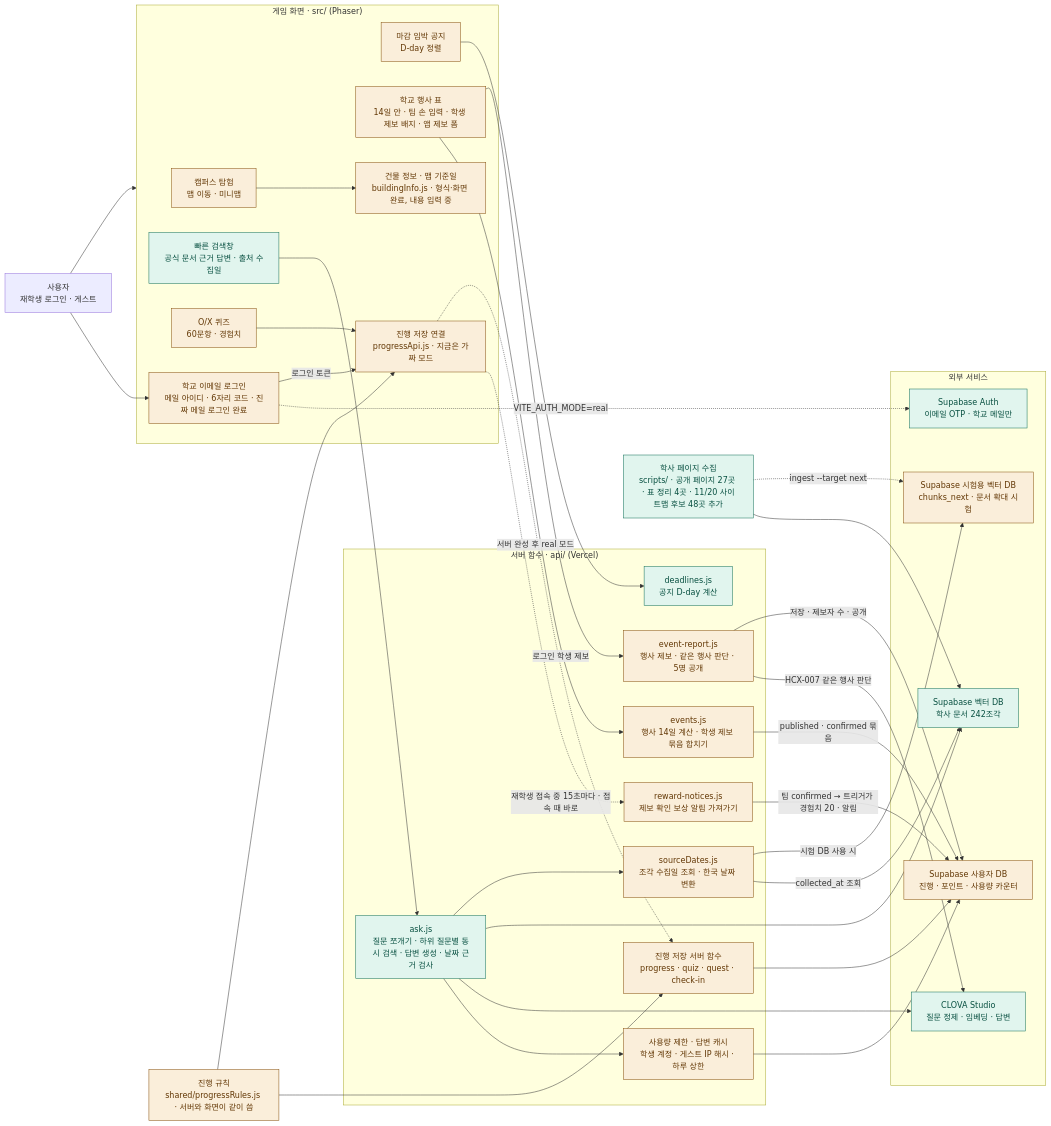
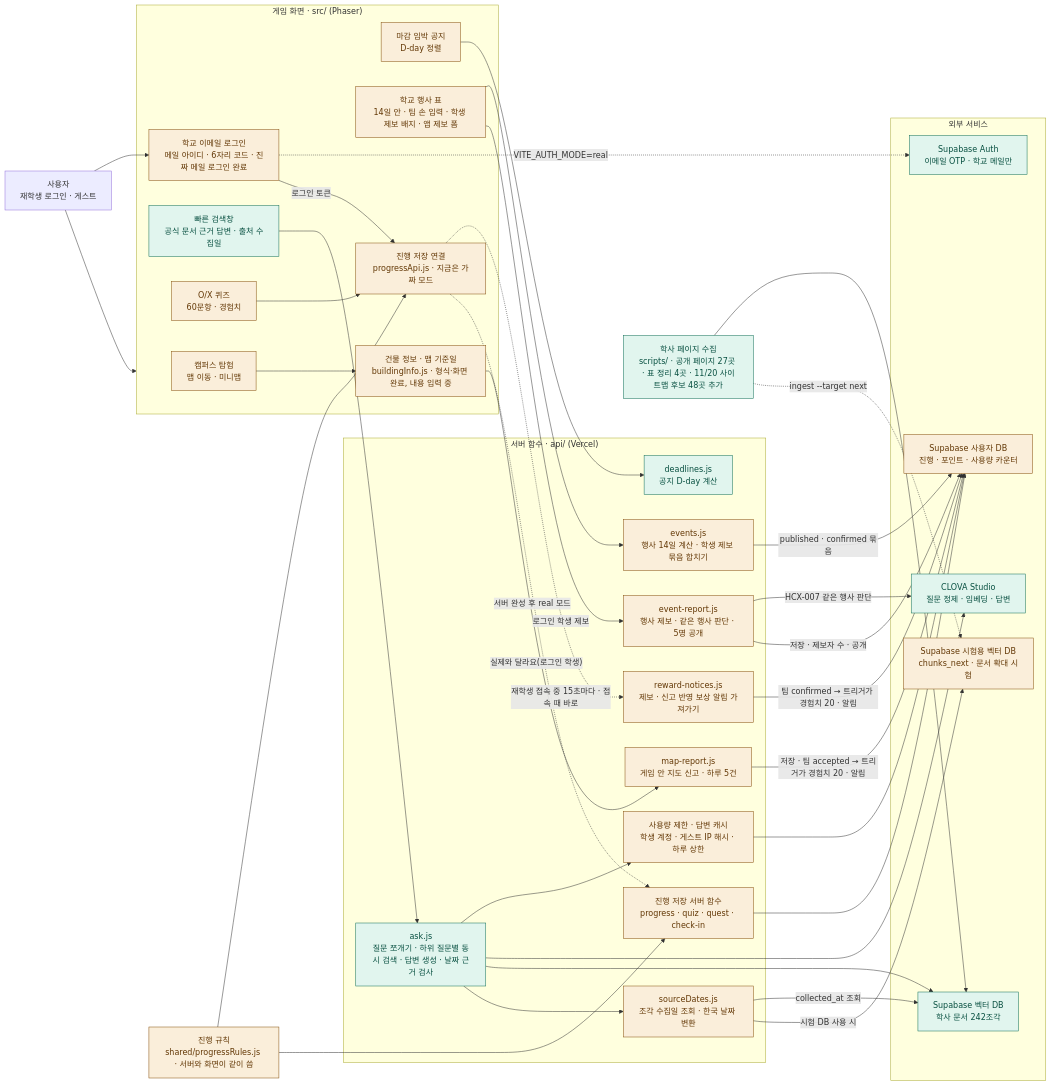
The diagram in docs/ARCHITECTURE.md (202502859-source/hufs-quest), drawn with Mermaid before and after one commit. The commit also changed other lines of this file and 22 other files, not shown here.

First line of the commit message:
feat: "실제와 달라요(신고)"를 게임 안 창으로 · 반영되면 경험치 20

````diff
--- a/docs/ARCHITECTURE.md
+++ b/docs/ARCHITECTURE.md
@@ -8,74 +8,77 @@
 ```mermaid
 flowchart LR
     user["사용자<br/>재학생 로그인 · 게스트"]
 
     subgraph game["게임 화면 · src/ (Phaser)"]
         explore["캠퍼스 탐험<br/>맵 이동 · 미니맵"]
         search["빠른 검색창<br/>공식 문서 근거 답변 · 출처 수집일"]
         quiz["O/X 퀴즈<br/>60문항 · 경험치"]
         notice["마감 임박 공지<br/>D-day 정렬"]
         events["학교 행사 표<br/>14일 안 · 팀 손 입력 · 학생 제보 배지 · 앱 제보 폼"]
         mapInfo["건물 정보 · 맵 기준일<br/>buildingInfo.js · 형식·화면 완료, 내용 입력 중"]
         progress["진행 저장 연결<br/>progressApi.js · 지금은 가짜 모드"]
         login["학교 이메일 로그인<br/>메일 아이디 · 6자리 코드 · 진짜 메일 로그인 완료"]
     end
 
     rules["진행 규칙<br/>shared/progressRules.js · 서버와 화면이 같이 씀"]
 
     subgraph server["서버 함수 · api/ (Vercel)"]
         ask["ask.js<br/>질문 쪼개기 · 하위 질문별 동시 검색 · 답변 생성 · 날짜 근거 검사"]
         sourceDates["sourceDates.js<br/>조각 수집일 조회 · 한국 날짜 변환"]
         deadlines["deadlines.js<br/>공지 D-day 계산"]
         eventsApi["events.js<br/>행사 14일 계산 · 학생 제보 묶음 합치기"]
         eventReport["event-report.js<br/>행사 제보 · 같은 행사 판단 · 5명 공개"]
-        rewardNotice["reward-notices.js<br/>제보 확인 보상 알림 가져가기"]
+        rewardNotice["reward-notices.js<br/>제보 · 신고 반영 보상 알림 가져가기"]
+        mapReport["map-report.js<br/>게임 안 지도 신고 · 하루 5건"]
         newApi["진행 저장 서버 함수<br/>progress · quiz · quest · check-in"]
         limiter["사용량 제한 · 답변 캐시<br/>학생 계정 · 게스트 IP 해시 · 하루 상한"]
     end
 
     subgraph external["외부 서비스"]
         clova["CLOVA Studio<br/>질문 정제 · 임베딩 · 답변"]
         supaAuth["Supabase Auth<br/>이메일 OTP · 학교 메일만"]
         vector["Supabase 벡터 DB<br/>학사 문서 242조각"]
         userDb["Supabase 사용자 DB<br/>진행 · 포인트 · 사용량 카운터"]
         vectorNext["Supabase 시험용 벡터 DB<br/>chunks_next · 문서 확대 시험"]
     end
 
     collect["학사 페이지 수집<br/>scripts/ · 공개 페이지 27곳 · 표 정리 4곳 · 11/20 사이트맵 후보 48곳 추가"]
 
     user --> game
     user --> login
     login -.->|"VITE_AUTH_MODE=real"| supaAuth
     login -->|"로그인 토큰"| progress
     search --> ask
     notice --> deadlines
     events --> eventsApi
     events -->|"로그인 학생 제보"| eventReport
     eventsApi -->|"published · confirmed 묶음"| userDb
     eventReport -->|"HCX-007 같은 행사 판단"| clova
     eventReport -->|"저장 · 제보자 수 · 공개"| userDb
     progress -.->|"재학생 접속 중 15초마다 · 접속 때 바로"| rewardNotice
     rewardNotice -->|"팀 confirmed → 트리거가 경험치 20 · 알림"| userDb
+    mapInfo -->|"실제와 달라요(로그인 학생)"| mapReport
+    mapReport -->|"저장 · 팀 accepted → 트리거가 경험치 20 · 알림"| userDb
     quiz --> progress
     progress -.->|"서버 완성 후 real 모드"| newApi
     rules --> progress
     rules --> newApi
     explore --> mapInfo
     ask --> limiter
     limiter --> userDb
     ask --> clova
     ask --> vector
     ask --> sourceDates
     sourceDates -->|"collected_at 조회"| vector
     sourceDates -->|"시험 DB 사용 시"| vectorNext
     newApi --> userDb
     collect --> vector
     collect -.->|"ingest --target next"| vectorNext
 
     classDef done fill:#E1F5EE,stroke:#0F6E56,color:#085041
     classDef partial fill:#FAEEDA,stroke:#854F0B,color:#633806
     classDef todo fill:#FAECE7,stroke:#993C1D,color:#712B13,stroke-dasharray:5 3
 
     class search,ask,deadlines,clova,vector,collect,supaAuth done
-    class explore,quiz,notice,progress,rules,userDb,login,limiter,mapInfo,newApi,vectorNext,events,eventsApi,sourceDates,eventReport,rewardNotice partial
+    class explore,quiz,notice,progress,rules,userDb,login,limiter,mapInfo,newApi,vectorNext,events,eventsApi,sourceDates,eventReport,rewardNotice,mapReport partial
 ```
````
